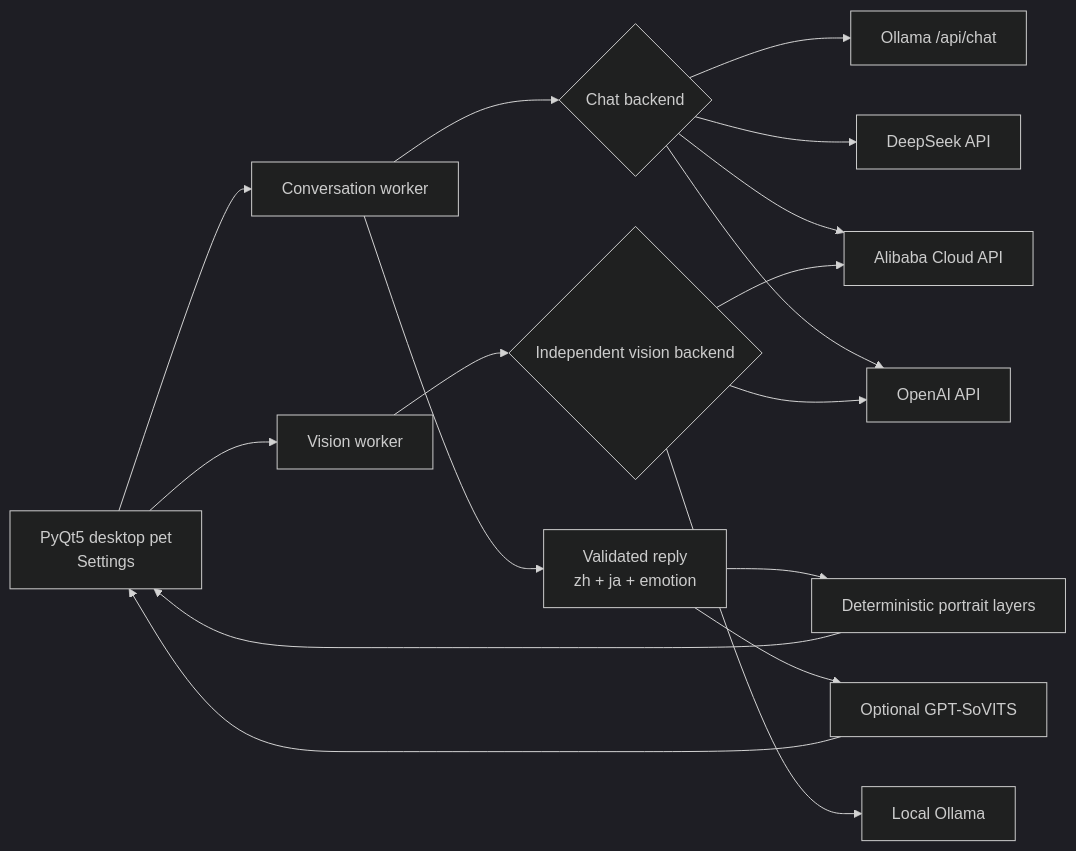
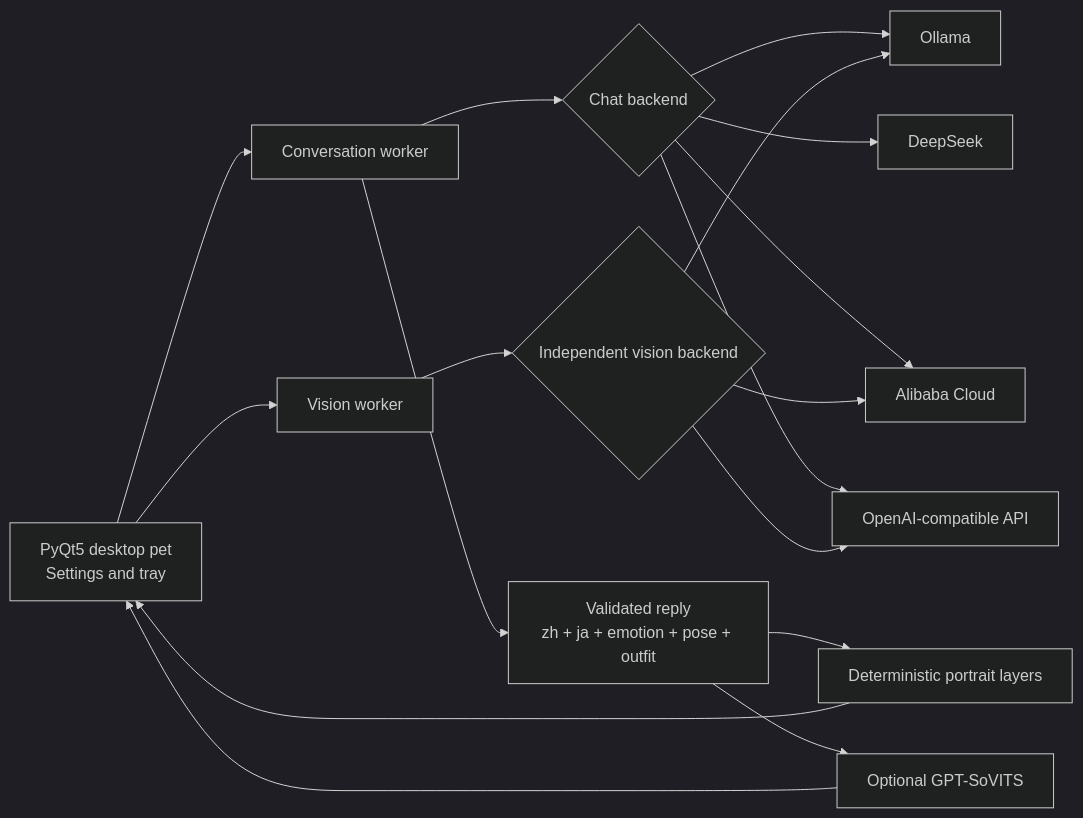
One commit to kuxiaowo/AIpet-Murasame changed the diagram in README.md. Above: the diagram before and after it, drawn with Mermaid (dark theme). The commit also changed other lines of this file and 11 other files, not shown here.

````diff
--- a/README.md
+++ b/README.md
@@ -75,19 +420,19 @@
 ```mermaid
 flowchart LR
-    UI["PyQt5 desktop pet<br>Settings"] --> C["Conversation worker"]
+    UI["PyQt5 desktop pet<br>Settings and tray"] --> C["Conversation worker"]
     UI --> V["Vision worker"]
     C --> CB{"Chat backend"}
     V --> VB{"Independent vision backend"}
-    CB --> O["Ollama /api/chat"]
-    CB --> D["DeepSeek API"]
-    CB --> A["Alibaba Cloud API"]
-    CB --> OA["OpenAI API"]
-    VB --> VO["Local Ollama"]
+    CB --> O["Ollama"]
+    CB --> D["DeepSeek"]
+    CB --> A["Alibaba Cloud"]
+    CB --> OA["OpenAI-compatible API"]
+    VB --> O
     VB --> A
     VB --> OA
-    C --> R["Validated reply<br>zh + ja + emotion"]
+    C --> R["Validated reply<br>zh + ja + emotion + pose + outfit"]
     R --> P["Deterministic portrait layers"]
     R --> T["Optional GPT-SoVITS"]
     P --> UI
     T --> UI
 ```
````
